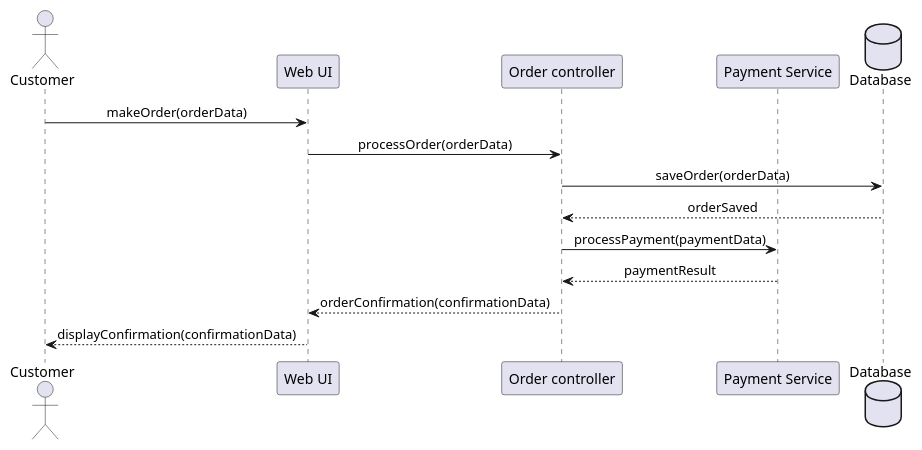
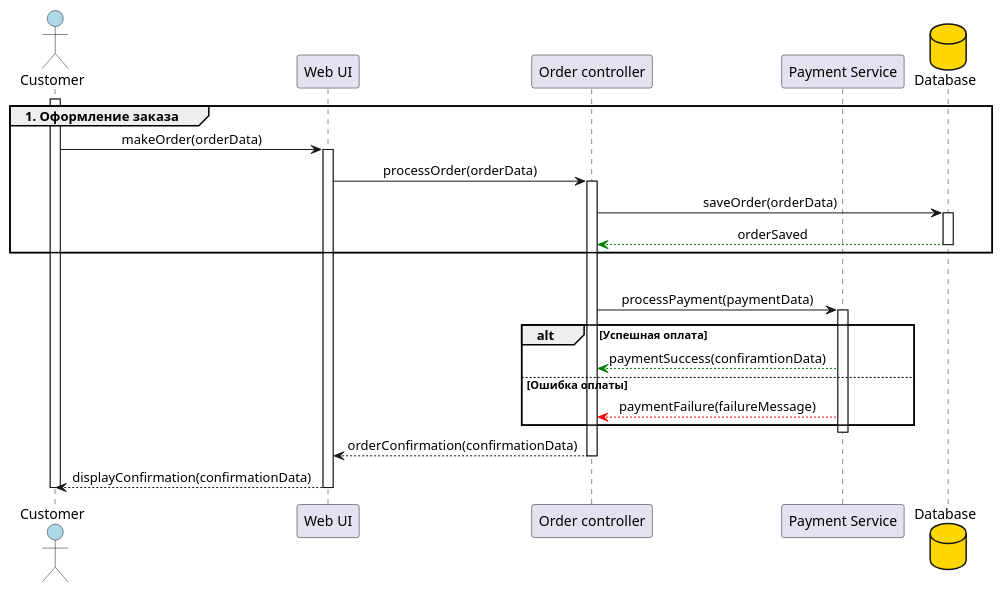
The diagram in diagrams/shop_order/shop_order.puml (polokalamu/uml-diagrams_t1), drawn with PlantUML before and after one commit.

Commit message:
add part 2 of shop order task

```diff
--- a/diagrams/shop_order/shop_order.puml
+++ b/diagrams/shop_order/shop_order.puml
@@ -1,19 +1,40 @@
 @startuml
 
 skinparam sequenceMessageAlign center
-actor "Customer" as customer
+actor "Customer" as customer #LightBlue
 participant "Web UI" as UI
 participant "Order controller" as OC
 participant "Payment Service" as PS
-database Database as DB
+database Database as DB #FFD700
 
+activate customer
+group 1. Оформление заказа
 customer -> UI : makeOrder(orderData)
+activate UI
 UI -> OC : processOrder(orderData)
+activate OC
 OC -> DB : saveOrder(orderData)
-DB --> OC : orderSaved
+activate DB
+DB --[#green]> OC : orderSaved
+deactivate DB
+end
+
+group 2. Оплата
 OC -> PS : processPayment(paymentData)
-PS --> OC : paymentResult
+activate PS
+alt Успешная оплата
+PS --[#green]> OC : paymentSuccess(confiramtionData)
+else Ошибка оплаты
+PS --[#red]> OC : paymentFailure(failureMessage)
+end
+deactivate PS
+
+
 OC --> UI : orderConfirmation(confirmationData)
+deactivate OC
 UI --> customer : displayConfirmation(confirmationData)
+deactivate UI
 
+
+deactivate customer
 @enduml
```
